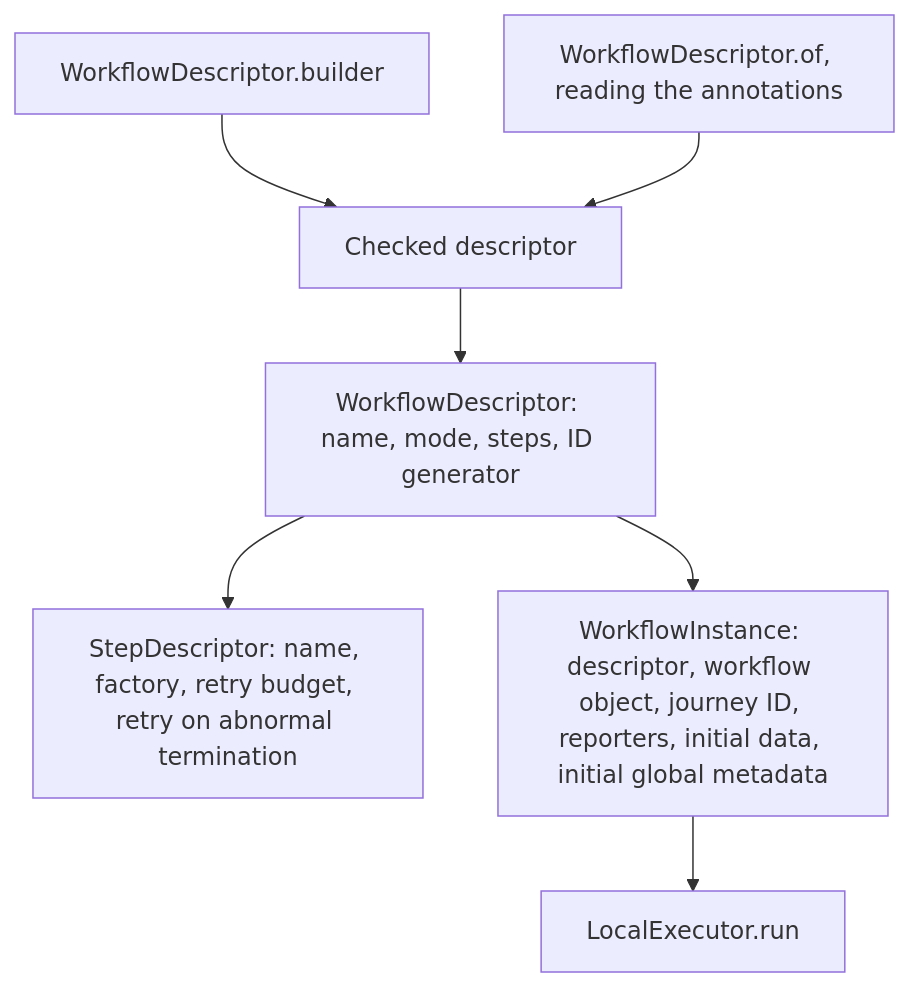
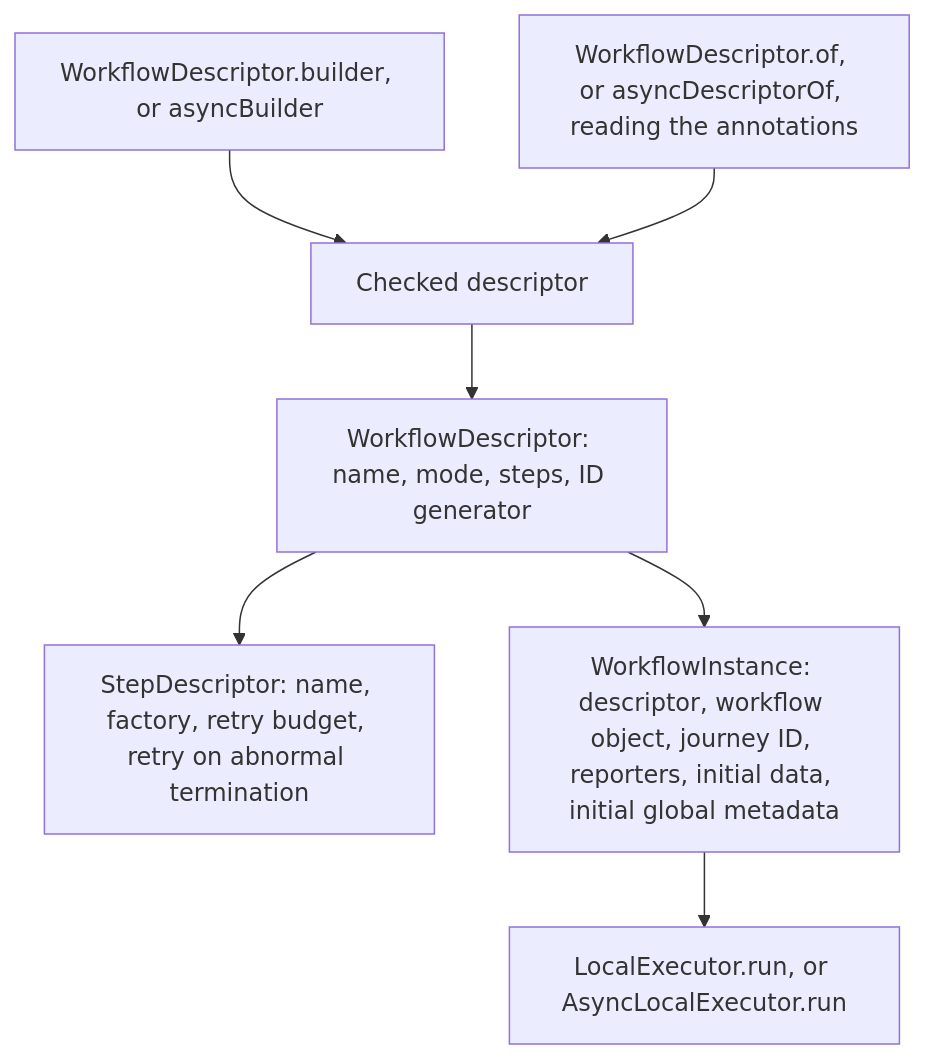
Before and after one commit to itinera-dev/itinera-j: the second of 4 diagrams in docs/architecture.md, drawn with Mermaid. The commit also changed other lines of this file and 37 other files, not shown here.

First line of the commit message:
feat: run asynchronous workflows on AsyncLocalExecutor

````diff
--- a/docs/architecture.md
+++ b/docs/architecture.md
@@ -40,11 +40,11 @@
 ```mermaid
 flowchart TD
     accTitle: What a workflow descriptor and an instance hold
-    accDescr: A workflow descriptor holds its name, its mode, its step descriptors in order and its journey ID generator. A step descriptor holds the step's name, its factory, its retry budget and whether it retries an abnormal termination. The builder, and the annotation reader through the same checks, make a checked descriptor. An instance holds the descriptor beside the workflow object, its journey ID, its reporters, its initial data and its initial global metadata. The executor of the instance's mode runs it.
-    builder["WorkflowDescriptor.builder"] --> checked["Checked descriptor"]
-    annotated["WorkflowDescriptor.of, reading the annotations"] --> checked
+    accDescr: A workflow descriptor holds its name, its mode, its step descriptors in order and its journey ID generator. A step descriptor holds the step's name, its factory, its retry budget and whether it retries an abnormal termination. The builder of each mode, and the annotation reader of each mode through the same checks, make a checked descriptor. An instance holds the descriptor beside the workflow object, its journey ID, its reporters, its initial data and its initial global metadata. The executor of the instance's mode, LocalExecutor or AsyncLocalExecutor, runs it.
+    builder["WorkflowDescriptor.builder, or asyncBuilder"] --> checked["Checked descriptor"]
+    annotated["WorkflowDescriptor.of, or asyncDescriptorOf, reading the annotations"] --> checked
     checked --> descriptor["WorkflowDescriptor: name, mode, steps, ID generator"]
     descriptor --> step["StepDescriptor: name, factory, retry budget, retry on abnormal termination"]
     descriptor --> instance["WorkflowInstance: descriptor, workflow object, journey ID, reporters, initial data, initial global metadata"]
-    instance --> executor["LocalExecutor.run"]
+    instance --> executor["LocalExecutor.run, or AsyncLocalExecutor.run"]
 ```
````
